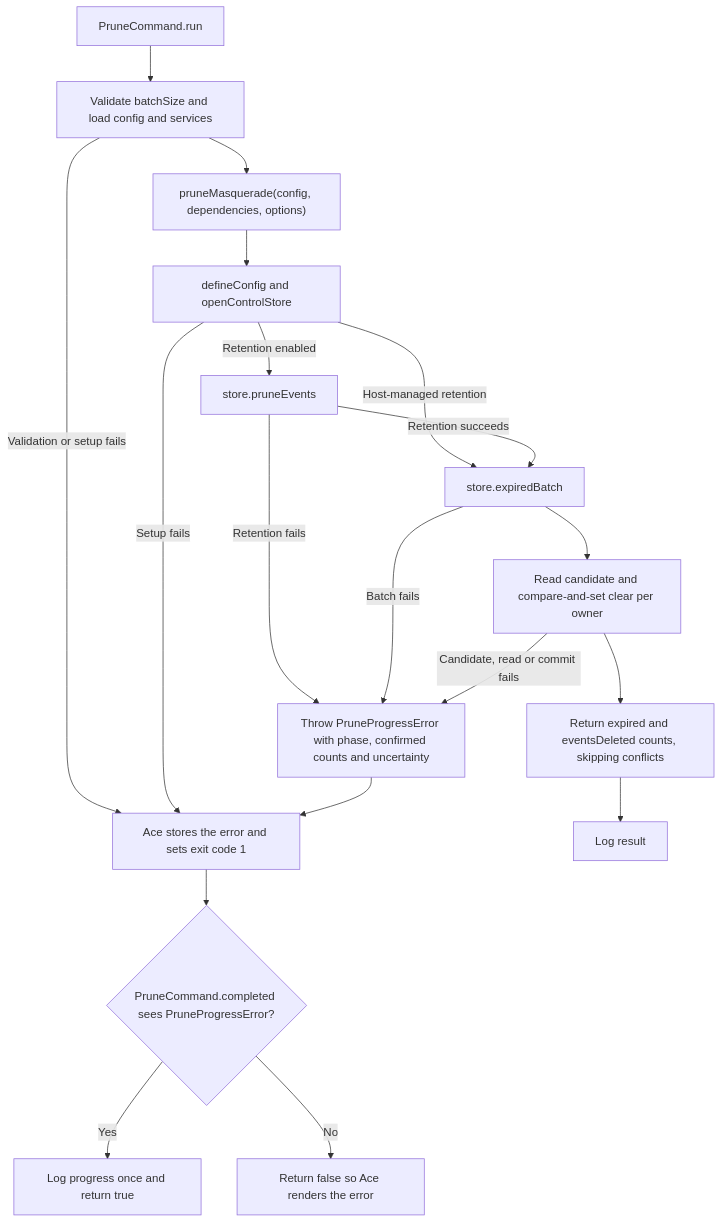
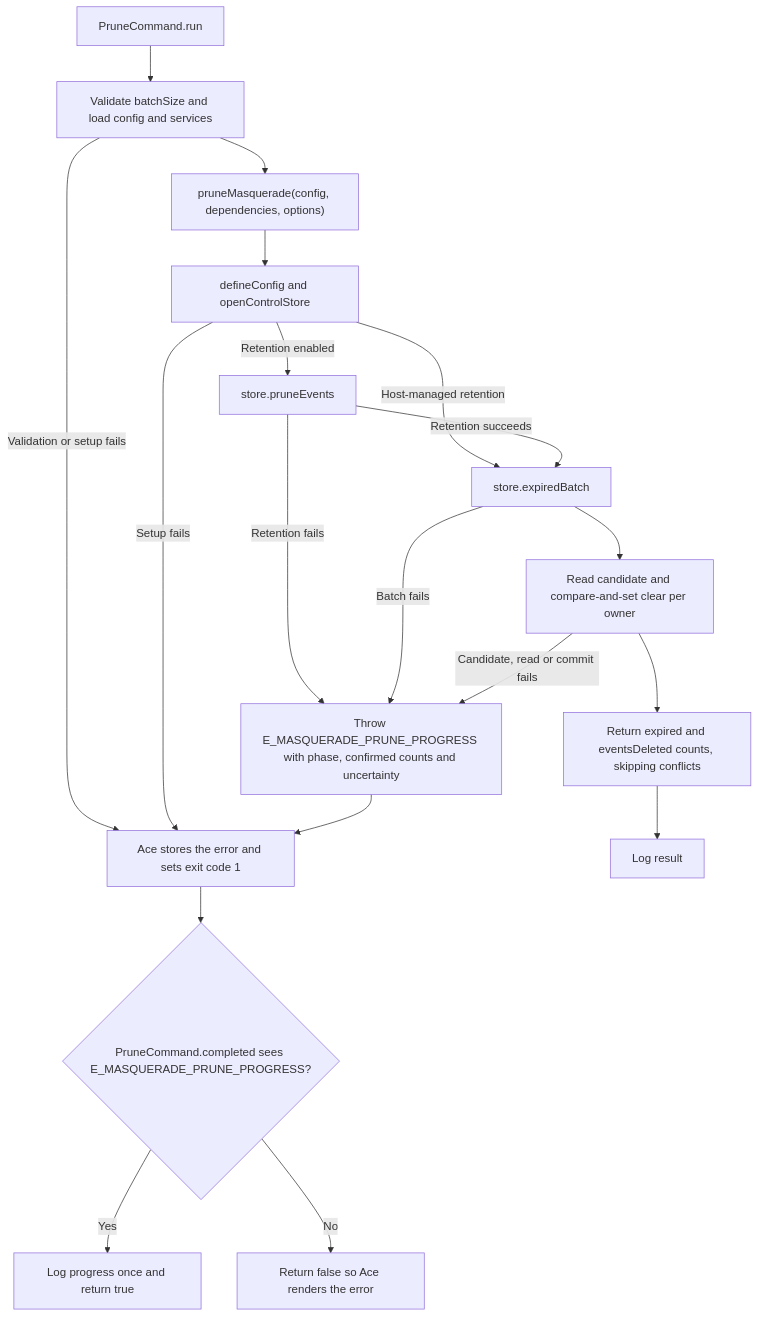
One commit to Kevinjohn/oss-adonisjs-masquerade changed the second of 2 diagrams in user-stories/expire-retain-modes/us-ops-03-expire-retain-modes.md. Above: the diagram before and after it, drawn with Mermaid. The commit also changed 92 other files, not shown here.

````diff
--- a/user-stories/expire-retain-modes/us-ops-03-expire-retain-modes.md
+++ b/user-stories/expire-retain-modes/us-ops-03-expire-retain-modes.md
@@ -39,21 +39,21 @@
 ```mermaid
 flowchart TD
     A["PruneCommand.run"] --> B["Validate batchSize and load config and services"]
     B --> C["pruneMasquerade(config, dependencies, options)"]
     C --> D["defineConfig and openControlStore"]
     B -->|Validation or setup fails| Y["Ace stores the error and sets exit code 1"]
     D -->|Setup fails| Y
     D -->|Retention enabled| E["store.pruneEvents"]
     D -->|Host-managed retention| F["store.expiredBatch"]
     E -->|Retention succeeds| F
-    E -->|Retention fails| X["Throw PruneProgressError with phase, confirmed counts and uncertainty"]
+    E -->|Retention fails| X["Throw E_MASQUERADE_PRUNE_PROGRESS with phase, confirmed counts and uncertainty"]
     F -->|Batch fails| X
     F --> G["Read candidate and compare-and-set clear per owner"]
     G --> H["Return expired and eventsDeleted counts, skipping conflicts"]
     G -->|Candidate, read or commit fails| X
     H --> I["Log result"]
     X --> Y
-    Y --> Z{"PruneCommand.completed sees PruneProgressError?"}
+    Y --> Z{"PruneCommand.completed sees E_MASQUERADE_PRUNE_PROGRESS?"}
     Z -->|Yes| P["Log progress once and return true"]
     Z -->|No| Q["Return false so Ace renders the error"]
 ```
````
